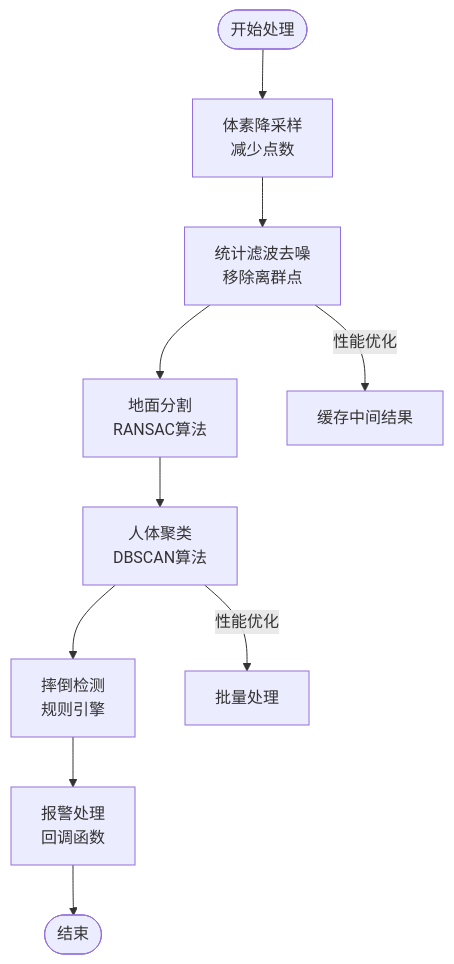
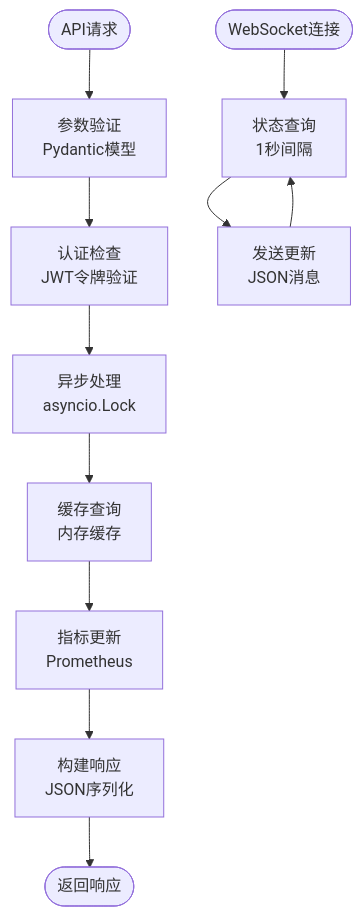
One commit to nanfeng2021/fall-detection-system changed the fifth of 6 diagrams in .qoder/repowiki/zh/content/API参考文档/API参考文档.md. Above: the diagram before and after it, drawn with Mermaid. The commit also changed other lines of this file and 16 other files, not shown here.

````diff
--- a/.qoder/repowiki/zh/content/API参考文档/API参考文档.md
+++ b/.qoder/repowiki/zh/content/API参考文档/API参考文档.md
@@ -438,12 +873,13 @@
 ```mermaid
 flowchart TD
-Start([开始处理]) --> Downsample["体素降采样<br/>减少点数"]
-Downsample --> Filter["统计滤波去噪<br/>移除离群点"]
-Filter --> Segment["地面分割<br/>RANSAC算法"]
-Segment --> Cluster["人体聚类<br/>DBSCAN算法"]
-Cluster --> Detect["摔倒检测<br/>规则引擎"]
-Detect --> Alert["报警处理<br/>回调函数"]
-Alert --> End([结束])
-Filter --> |性能优化| Cache["缓存中间结果"]
-Cluster --> |性能优化| Batch["批量处理"]
+Start([API请求]) --> Validate["参数验证<br/>Pydantic模型"]
+Validate --> AuthCheck["认证检查<br/>JWT令牌验证"]
+AuthCheck --> AsyncProcess["异步处理<br/>asyncio.Lock"]
+AsyncProcess --> Cache["缓存查询<br/>内存缓存"]
+Cache --> Metrics["指标更新<br/>Prometheus"]
+Metrics --> Response["构建响应<br/>JSON序列化"]
+Response --> End([返回响应])
+WebSocket([WebSocket连接]) --> StatusQuery["状态查询<br/>1秒间隔"]
+StatusQuery --> SendUpdate["发送更新<br/>JSON消息"]
+SendUpdate --> StatusQuery
 ```
````
